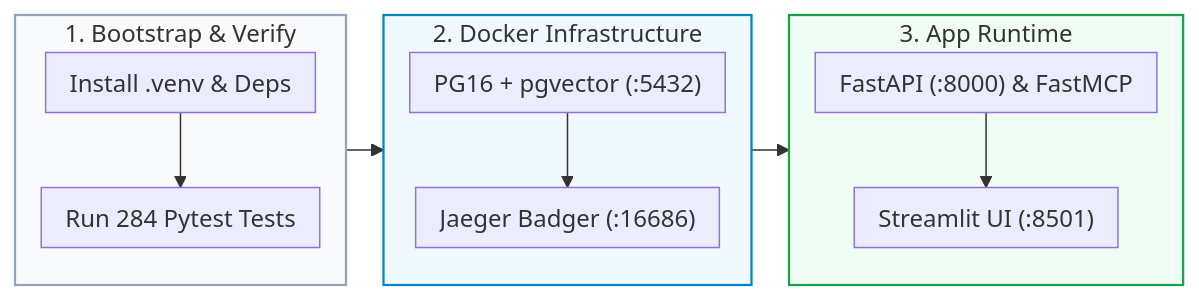
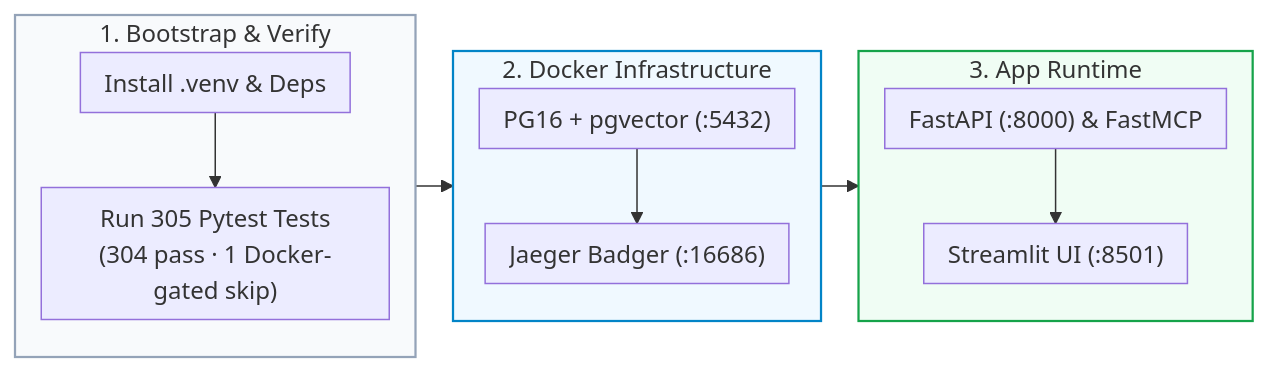
One commit to Kenono2000/enterprise-rag-pgvector-rbac changed the third of 9 diagrams in README.md. Above: the diagram before and after it, drawn with Mermaid. The commit also changed other lines of this file and 12 other files, not shown here.

````diff
--- a/README.md
+++ b/README.md
@@ -84,20 +89,20 @@
 ```mermaid
 %%{init: {'flowchart': {'nodeSpacing': 15, 'rankSpacing': 25, 'padding': 8}}}%%
 flowchart LR
     subgraph DevBootstrap ["1. Bootstrap & Verify"]
         direction TB
-        Venv["Install .venv & Deps"] --> Pytest["Run 284 Pytest Tests"]
+        Venv["Install .venv & Deps"] --> Pytest["Run 305 Pytest Tests<br/>(304 pass · 1 Docker-gated skip)"]
     end
     subgraph Containers ["2. Docker Infrastructure"]
         direction TB
         PG16["PG16 + pgvector (:5432)"] --> Jaeger["Jaeger Badger (:16686)"]
     end
     subgraph Services ["3. App Runtime"]
         direction TB
         FastAPI["FastAPI (:8000) & FastMCP"] --> Streamlit["Streamlit UI (:8501)"]
     end
     DevBootstrap --> Containers --> Services
     style DevBootstrap fill:#f8fafc,stroke:#94a3b8,stroke-width:1.5px
     style Containers fill:#f0f9ff,stroke:#0284c7,stroke-width:1.5px
     style Services fill:#f0fdf4,stroke:#16a34a,stroke-width:1.5px
 ```
````
